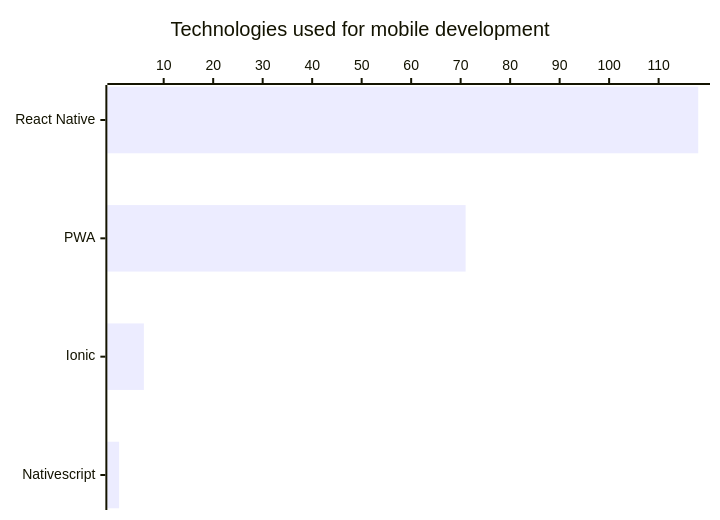
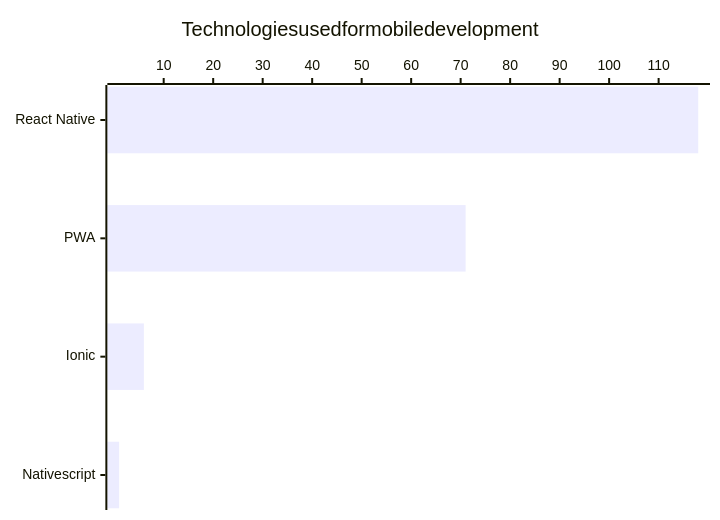
One commit to Fcmam5/state-of-dz-swe-2024 changed the third of 16 diagrams in website/docs/insights/technology-trends.md. Above: the diagram before and after it, drawn with Mermaid. The commit also changed other lines of this file and 5 other files, not shown here.

Commit message:
Fix charts; add new page

````diff
--- a/website/docs/insights/technology-trends.md
+++ b/website/docs/insights/technology-trends.md
@@ -63,6 +63,6 @@
 ```mermaid
 xychart-beta horizontal
-  title "Technologies used for mobile development"
+  title Technologies used for mobile development
   x-axis ["React Native", "PWA", "Ionic", "Nativescript"]
   bar [118, 71, 6, 1]
 ```
````
